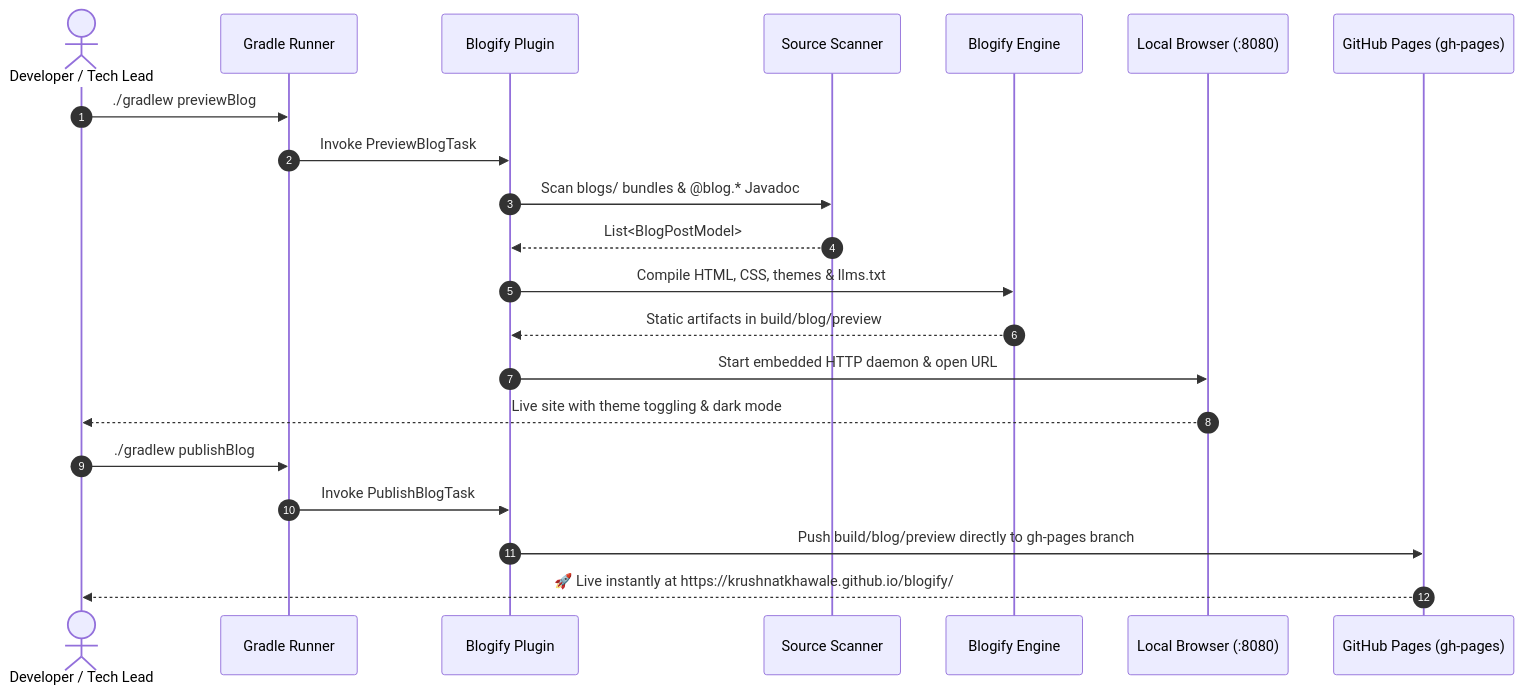
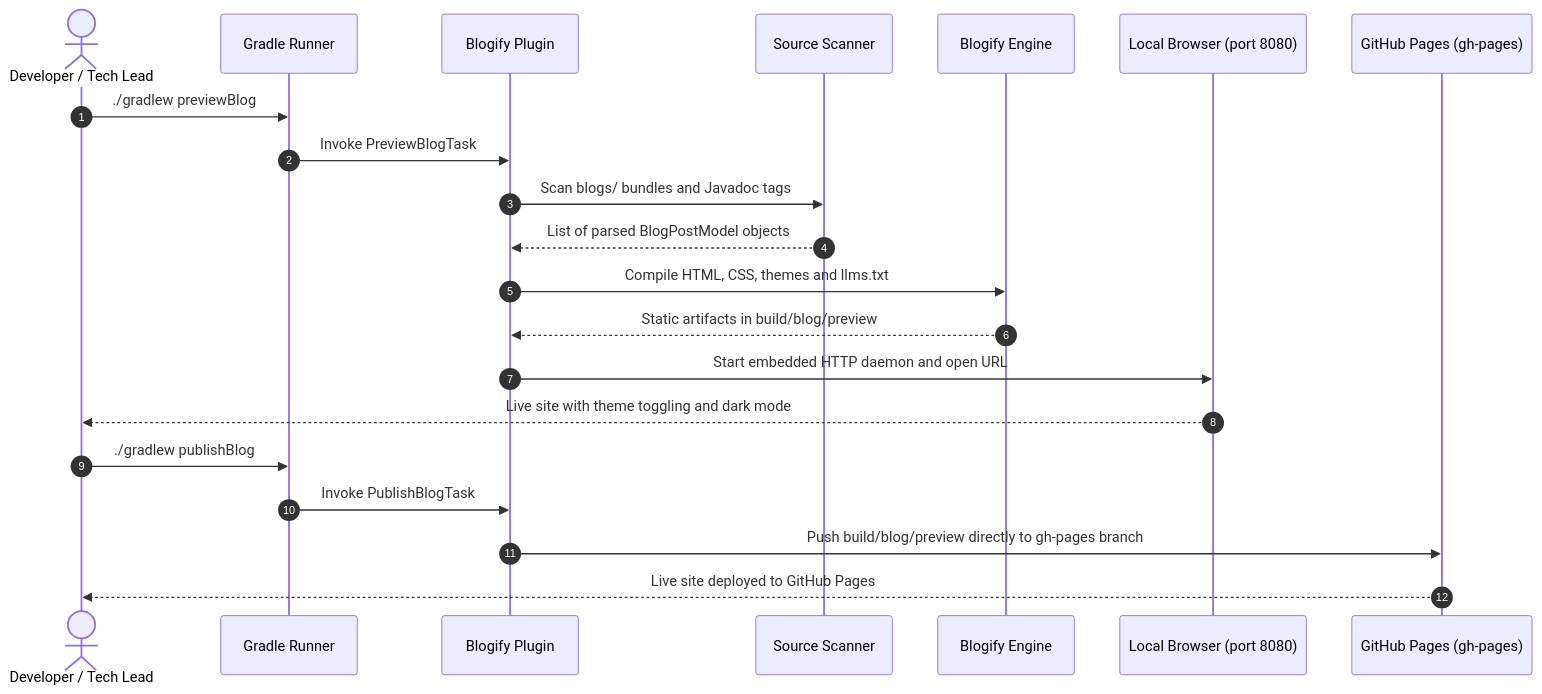
One commit to krushnatkhawale/blogify changed the diagram in blogs/blogify/index.md. Above: the diagram before and after it, drawn with Mermaid. The commit also changed other lines of this file and 2 other files, not shown here.

Commit message:
fix: resolve Mermaid diagram syntax errors and improve plugin description for Java developers

````diff
--- a/blogs/blogify/index.md
+++ b/blogs/blogify/index.md
@@ -102,25 +102,25 @@
 ```mermaid
 sequenceDiagram
     autonumber
     actor Dev as Developer / Tech Lead
     participant Gradle as Gradle Runner
     participant Plugin as Blogify Plugin
     participant Scanner as Source Scanner
     participant Engine as Blogify Engine
-    participant Browser as Local Browser (:8080)
+    participant Browser as Local Browser (port 8080)
     participant GH as GitHub Pages (gh-pages)
 
     Dev->>Gradle: ./gradlew previewBlog
     Gradle->>Plugin: Invoke PreviewBlogTask
-    Plugin->>Scanner: Scan blogs/ bundles & @blog.* Javadoc
-    Scanner-->>Plugin: List<BlogPostModel>
-    Plugin->>Engine: Compile HTML, CSS, themes & llms.txt
+    Plugin->>Scanner: Scan blogs/ bundles and Javadoc tags
+    Scanner-->>Plugin: List of parsed BlogPostModel objects
+    Plugin->>Engine: Compile HTML, CSS, themes and llms.txt
     Engine-->>Plugin: Static artifacts in build/blog/preview
-    Plugin->>Browser: Start embedded HTTP daemon & open URL
-    Browser-->>Dev: Live site with theme toggling & dark mode
+    Plugin->>Browser: Start embedded HTTP daemon and open URL
+    Browser-->>Dev: Live site with theme toggling and dark mode
 
     Dev->>Gradle: ./gradlew publishBlog
     Gradle->>Plugin: Invoke PublishBlogTask
     Plugin->>GH: Push build/blog/preview directly to gh-pages branch
-    GH-->>Dev: 🚀 Live instantly at https://krushnatkhawale.github.io/blogify/
+    GH-->>Dev: Live site deployed to GitHub Pages
 ```
````
